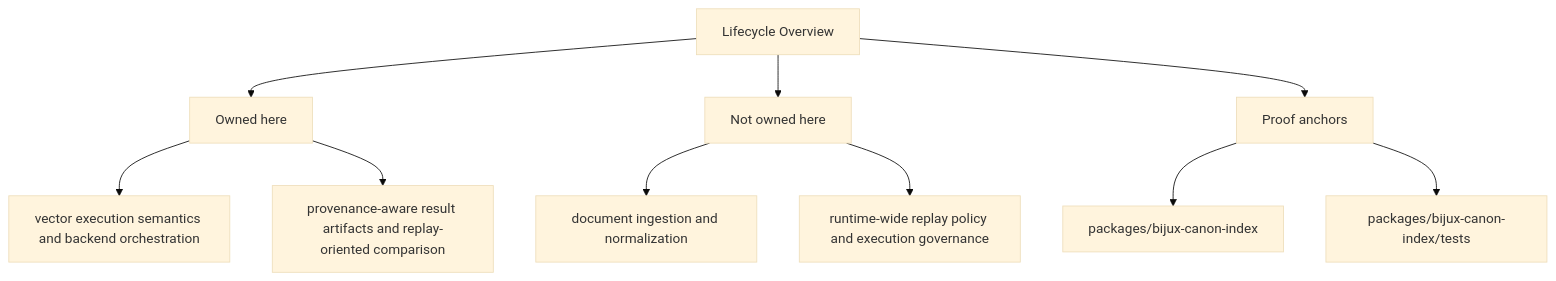
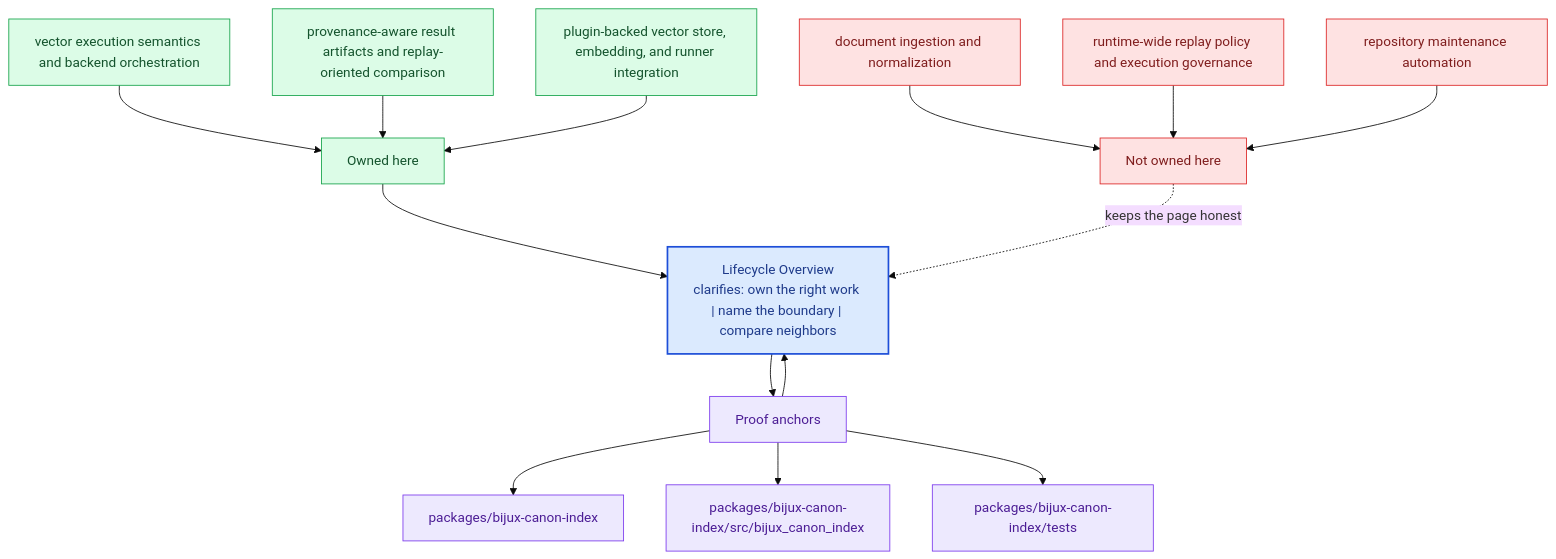
One commit to bijux/bijux-canon changed the second of 2 diagrams in docs/bijux-canon-index/foundation/lifecycle-overview.md. Above: the diagram before and after it, drawn with Mermaid (base theme). The commit also changed other lines of this file and 281 other files, not shown here.

Commit message:
docs(diagrams): deepen handbook mermaid maps across the catalog

````diff
--- a/docs/bijux-canon-index/foundation/lifecycle-overview.md
+++ b/docs/bijux-canon-index/foundation/lifecycle-overview.md
@@ -36,22 +69,40 @@
 ```mermaid
-flowchart TD
-    page["Lifecycle Overview"]
+flowchart TB
+    promise["Lifecycle Overview<br/>clarifies: own the right work | name the boundary | compare neighbors"]
+    classDef promise fill:#dbeafe,stroke:#1d4ed8,color:#1e3a8a,stroke-width:2px;
+    classDef driver fill:#dcfce7,stroke:#16a34a,color:#14532d;
+    classDef constraint fill:#fee2e2,stroke:#dc2626,color:#7f1d1d;
+    classDef ground fill:#ede9fe,stroke:#7c3aed,color:#4c1d95;
     focus1["Owned here"]
-    page --> focus1
+    focus1 --> promise
     focus1_1["vector execution semantics and backend orchestration"]
-    focus1 --> focus1_1
+    focus1_1 --> focus1
     focus1_2["provenance-aware result artifacts and replay-oriented comparison"]
-    focus1 --> focus1_2
+    focus1_2 --> focus1
+    focus1_3["plugin-backed vector store, embedding, and runner integration"]
+    focus1_3 --> focus1
+    class focus1 driver;
+    class focus1_1,focus1_2,focus1_3 driver;
     focus2["Not owned here"]
-    page --> focus2
+    focus2 -.keeps the page honest.-> promise
     focus2_1["document ingestion and normalization"]
-    focus2 --> focus2_1
+    focus2_1 --> focus2
     focus2_2["runtime-wide replay policy and execution governance"]
-    focus2 --> focus2_2
+    focus2_2 --> focus2
+    focus2_3["repository maintenance automation"]
+    focus2_3 --> focus2
+    class focus2 constraint;
+    class focus2_1,focus2_2,focus2_3 constraint;
     focus3["Proof anchors"]
-    page --> focus3
+    focus3 --> promise
+    promise --> focus3
     focus3_1["packages/bijux-canon-index"]
     focus3 --> focus3_1
-    focus3_2["packages/bijux-canon-index/tests"]
+    focus3_2["packages/bijux-canon-index/src/bijux_canon_index"]
     focus3 --> focus3_2
+    focus3_3["packages/bijux-canon-index/tests"]
+    focus3 --> focus3_3
+    class focus3 ground;
+    class focus3_1,focus3_2,focus3_3 ground;
+    class promise promise;
 ```
````
